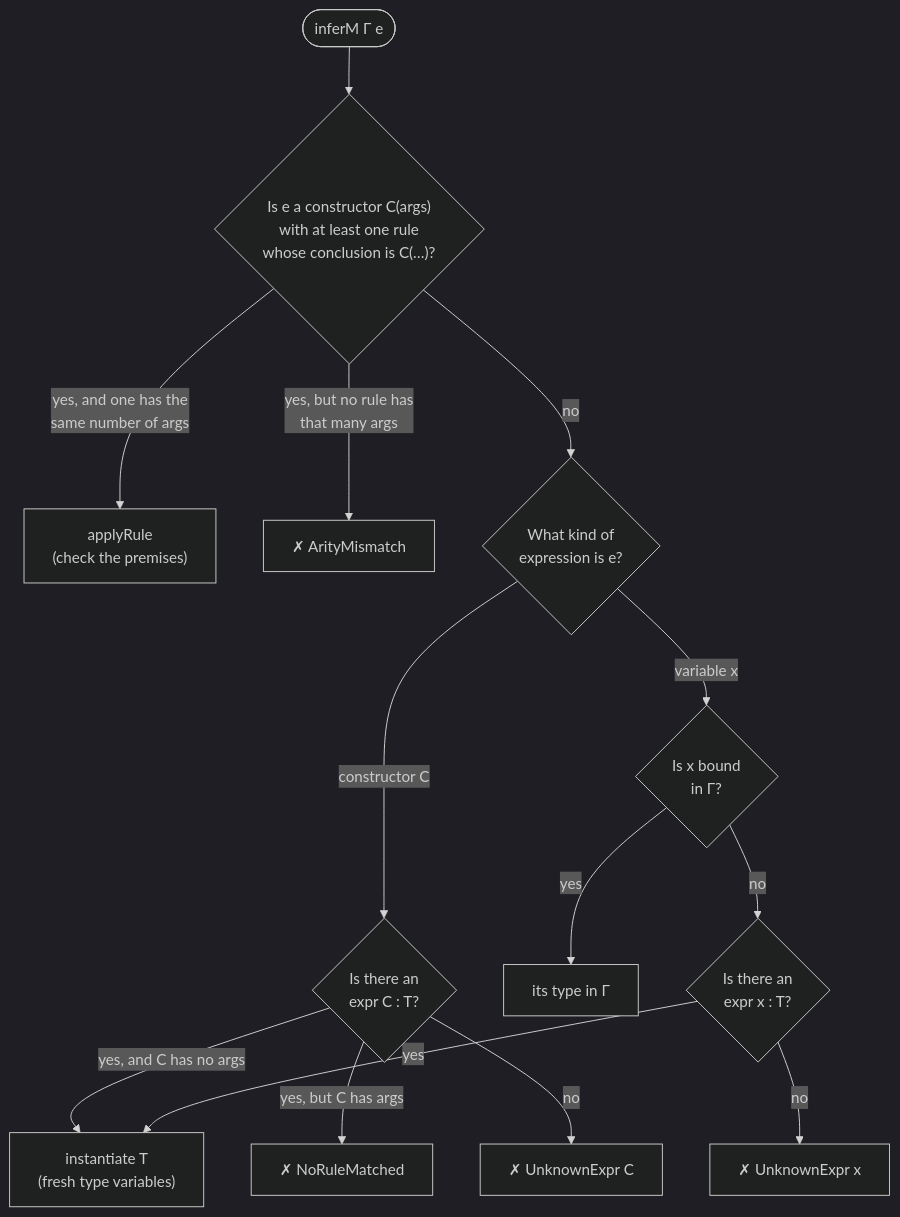
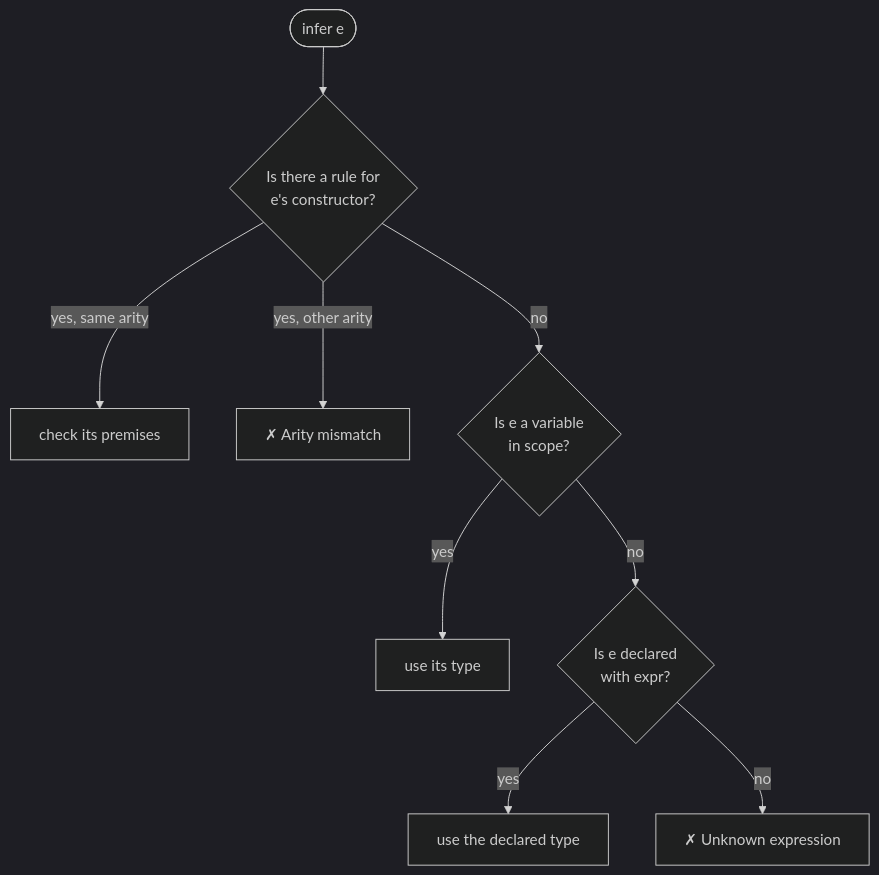
The first of 2 diagrams in TUTORIAL.md (Josemarialanda/pal), drawn with Mermaid (dark theme) before and after one commit. The commit also changed other lines of this file and 1 other file, not shown here.

````diff
--- a/TUTORIAL.md
+++ b/TUTORIAL.md
@@ -189,16 +98,11 @@
 ```mermaid
 flowchart TD
-    start(["inferM Γ e"]) --> isCon{"Is e a constructor C(args)<br/>with at least one rule<br/>whose conclusion is C(…)?"}
-    isCon -- "yes, and one has the<br/>same number of args" --> apply["applyRule<br/>(check the premises)"]
-    isCon -- "yes, but no rule has<br/>that many args" --> arity["✗ ArityMismatch"]
-    isCon -- "no" --> kind{"What kind of<br/>expression is e?"}
-    kind -- "constructor C" --> decl{"Is there an<br/>expr C : T?"}
-    decl -- "yes, and C has no args" --> inst["instantiate T<br/>(fresh type variables)"]
-    decl -- "yes, but C has args" --> nomatch["✗ NoRuleMatched"]
-    decl -- "no" --> unk["✗ UnknownExpr C"]
-    kind -- "variable x" --> env{"Is x bound<br/>in Γ?"}
-    env -- yes --> envT["its type in Γ"]
-    env -- no --> decl2{"Is there an<br/>expr x : T?"}
-    decl2 -- yes --> inst
-    decl2 -- no --> unk2["✗ UnknownExpr x"]
+    e(["infer e"]) --> rule{"Is there a rule for<br/>e's constructor?"}
+    rule -- "yes, same arity" --> apply["check its premises"]
+    rule -- "yes, other arity" --> ar["✗ Arity mismatch"]
+    rule -- no --> var{"Is e a variable<br/>in scope?"}
+    var -- yes --> env["use its type"]
+    var -- no --> decl{"Is e declared<br/>with expr?"}
+    decl -- yes --> ty["use the declared type"]
+    decl -- no --> unk["✗ Unknown expression"]
 ```
````
